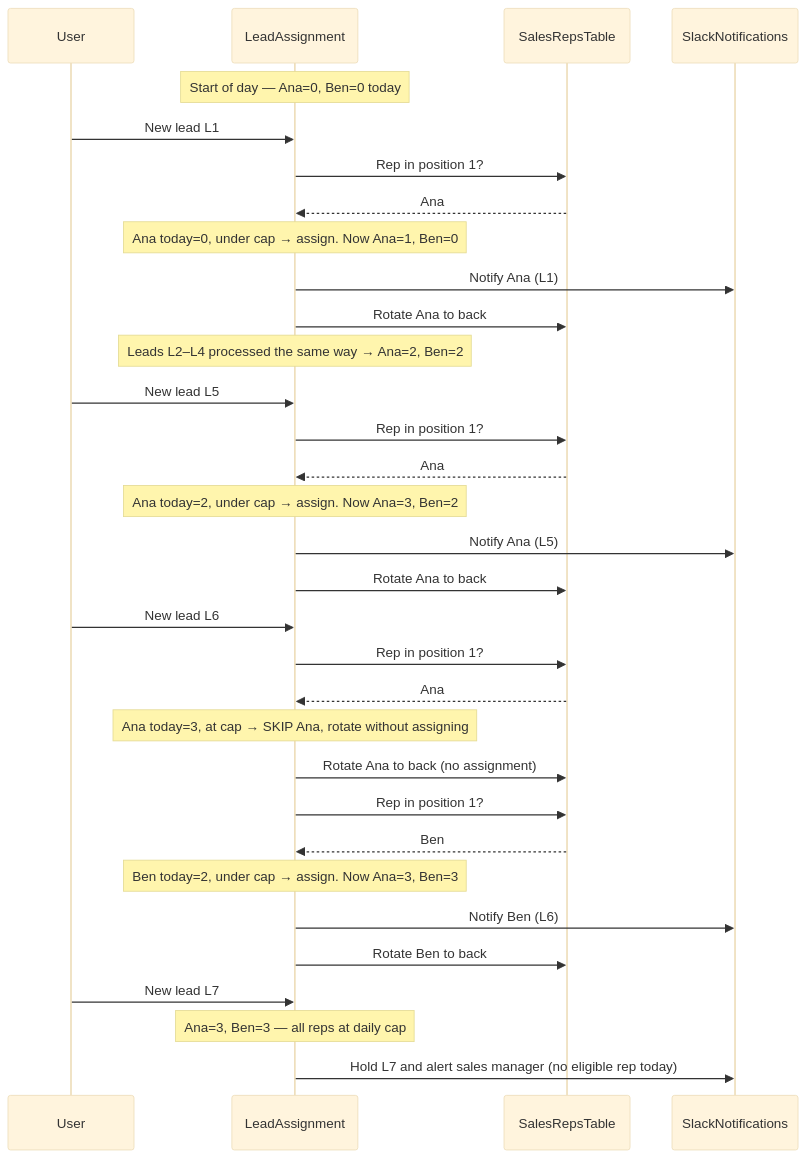
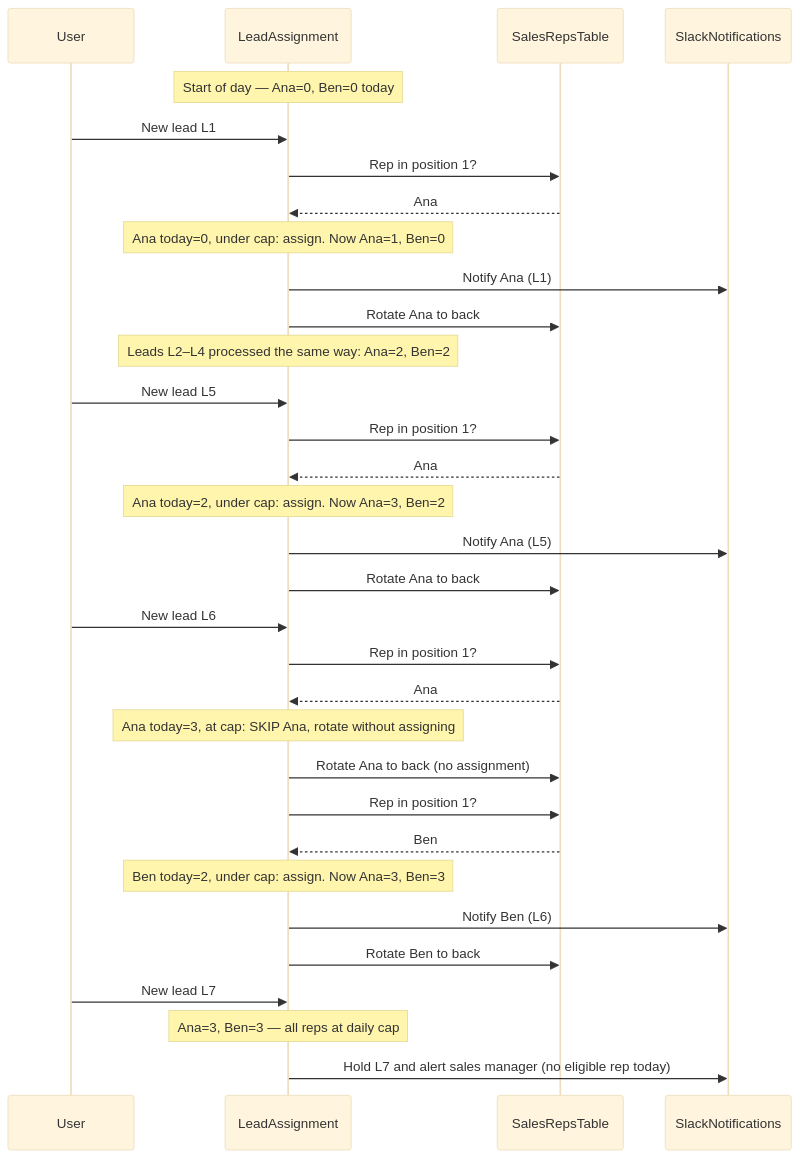
The third of 3 diagrams in examples/round-robin-lead-assignment.md (asafam/programmable-online-llm-objects), drawn with Mermaid (base theme) before and after one commit. The commit also changed 2 other files, not shown here.

Commit message:
examples: replace → arrow with colon in mermaid notes
The unicode arrow rendered inconsistently in some mermaid viewers;
use a plain colon (or a word) to express the condition/result instead.

````diff
--- a/examples/round-robin-lead-assignment.md
+++ b/examples/round-robin-lead-assignment.md
@@ -80,40 +80,40 @@
 ```mermaid
 sequenceDiagram
   participant User
   participant LeadAssignment
   participant SalesRepsTable
   participant SlackNotifications
 
   Note over LeadAssignment: Start of day — Ana=0, Ben=0 today
 
   User->>LeadAssignment: New lead L1
   LeadAssignment->>SalesRepsTable: Rep in position 1?
   SalesRepsTable-->>LeadAssignment: Ana
-  Note over LeadAssignment: Ana today=0, under cap → assign. Now Ana=1, Ben=0
+  Note over LeadAssignment: Ana today=0, under cap: assign. Now Ana=1, Ben=0
   LeadAssignment->>SlackNotifications: Notify Ana (L1)
   LeadAssignment->>SalesRepsTable: Rotate Ana to back
 
-  Note over LeadAssignment: Leads L2–L4 processed the same way → Ana=2, Ben=2
+  Note over LeadAssignment: Leads L2–L4 processed the same way: Ana=2, Ben=2
 
   User->>LeadAssignment: New lead L5
   LeadAssignment->>SalesRepsTable: Rep in position 1?
   SalesRepsTable-->>LeadAssignment: Ana
-  Note over LeadAssignment: Ana today=2, under cap → assign. Now Ana=3, Ben=2
+  Note over LeadAssignment: Ana today=2, under cap: assign. Now Ana=3, Ben=2
   LeadAssignment->>SlackNotifications: Notify Ana (L5)
   LeadAssignment->>SalesRepsTable: Rotate Ana to back
 
   User->>LeadAssignment: New lead L6
   LeadAssignment->>SalesRepsTable: Rep in position 1?
   SalesRepsTable-->>LeadAssignment: Ana
-  Note over LeadAssignment: Ana today=3, at cap → SKIP Ana, rotate without assigning
+  Note over LeadAssignment: Ana today=3, at cap: SKIP Ana, rotate without assigning
   LeadAssignment->>SalesRepsTable: Rotate Ana to back (no assignment)
   LeadAssignment->>SalesRepsTable: Rep in position 1?
   SalesRepsTable-->>LeadAssignment: Ben
-  Note over LeadAssignment: Ben today=2, under cap → assign. Now Ana=3, Ben=3
+  Note over LeadAssignment: Ben today=2, under cap: assign. Now Ana=3, Ben=3
   LeadAssignment->>SlackNotifications: Notify Ben (L6)
   LeadAssignment->>SalesRepsTable: Rotate Ben to back
 
   User->>LeadAssignment: New lead L7
   Note over LeadAssignment: Ana=3, Ben=3 — all reps at daily cap
   LeadAssignment->>SlackNotifications: Hold L7 and alert sales manager (no eligible rep today)
 ```
````
